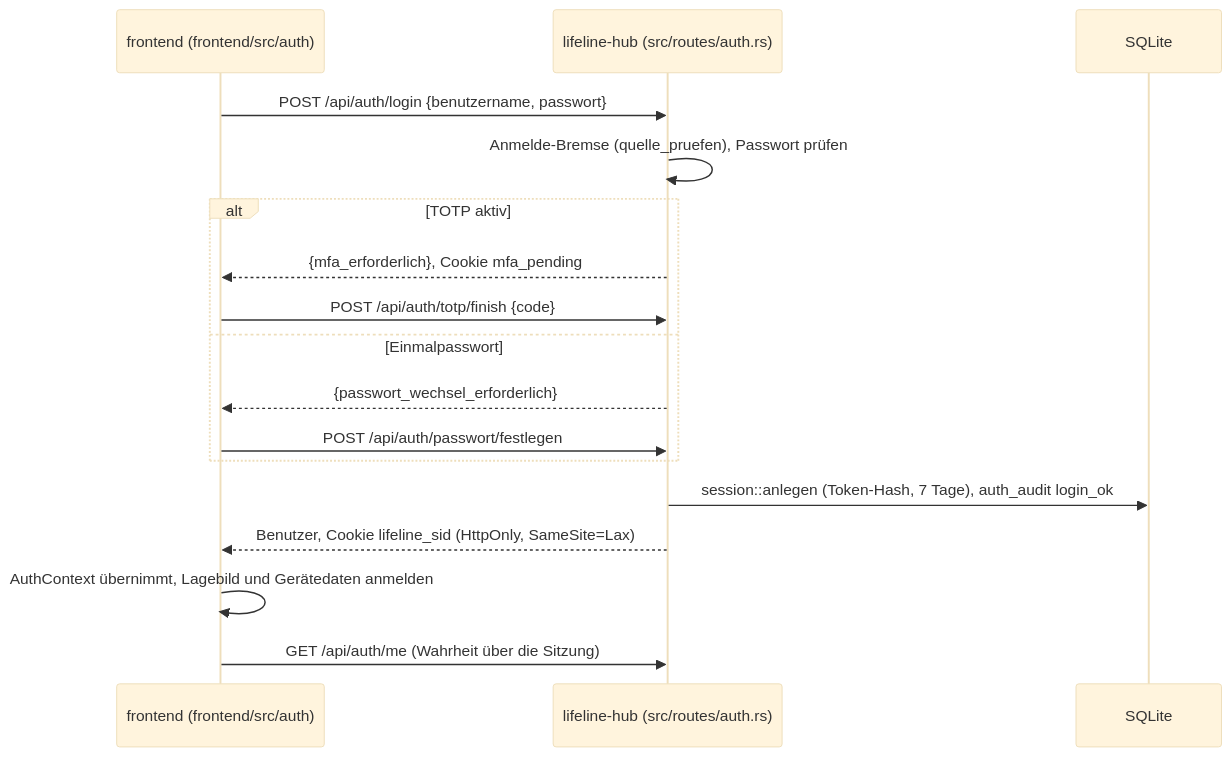
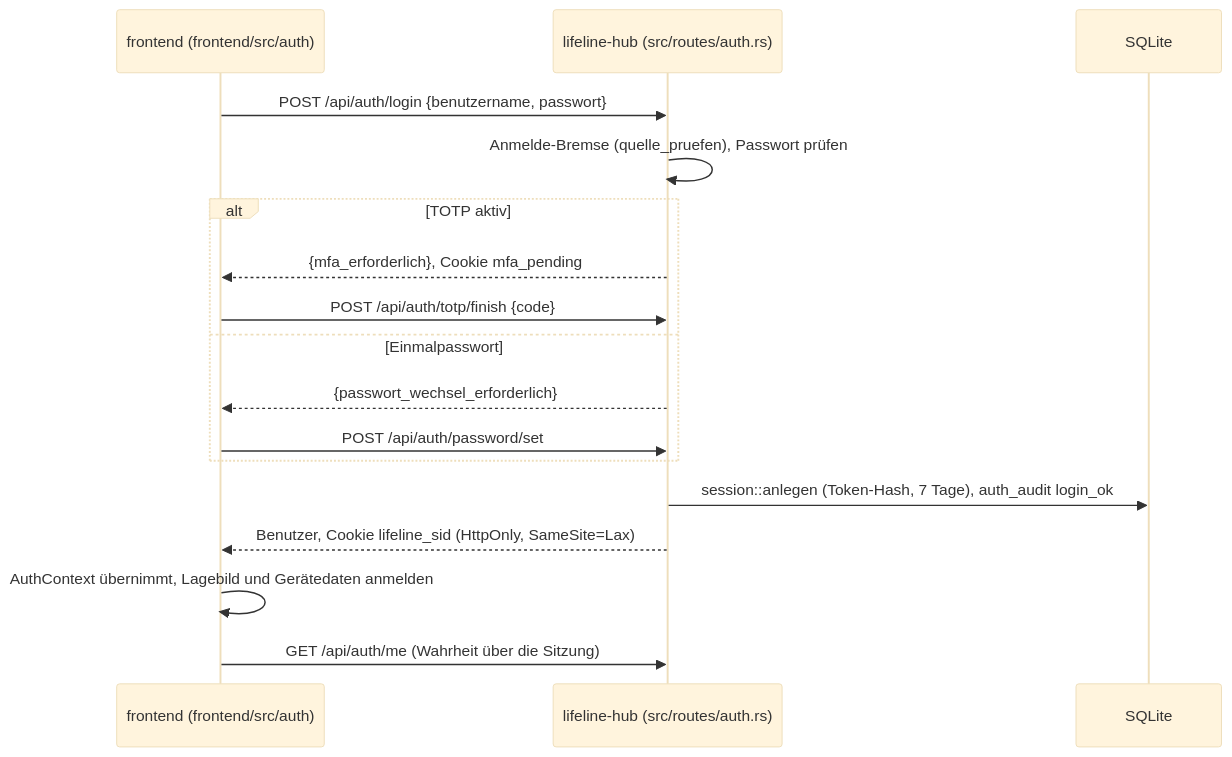
Before and after one commit to rubenvitt/lifeline-hub: the second of 18 diagrams in docs/architektur/06-laufzeitsicht.md, drawn with Mermaid (base theme). The commit also changed other lines of this file and 31 other files, not shown here.

````diff
--- a/docs/architektur/06-laufzeitsicht.md
+++ b/docs/architektur/06-laufzeitsicht.md
@@ -70,19 +70,19 @@
 ```mermaid
 sequenceDiagram
   participant FE as frontend (frontend/src/auth)
   participant BE as lifeline-hub (src/routes/auth.rs)
   participant DB as SQLite
   FE->>BE: POST /api/auth/login {benutzername, passwort}
   BE->>BE: Anmelde-Bremse (quelle_pruefen), Passwort prüfen
   alt TOTP aktiv
     BE-->>FE: {mfa_erforderlich}, Cookie mfa_pending
     FE->>BE: POST /api/auth/totp/finish {code}
   else Einmalpasswort
     BE-->>FE: {passwort_wechsel_erforderlich}
-    FE->>BE: POST /api/auth/passwort/festlegen
+    FE->>BE: POST /api/auth/password/set
   end
   BE->>DB: session::anlegen (Token-Hash, 7 Tage), auth_audit login_ok
   BE-->>FE: Benutzer, Cookie lifeline_sid (HttpOnly, SameSite=Lax)
   FE->>FE: AuthContext übernimmt, Lagebild und Gerätedaten anmelden
   FE->>BE: GET /api/auth/me (Wahrheit über die Sitzung)
 ```
````
